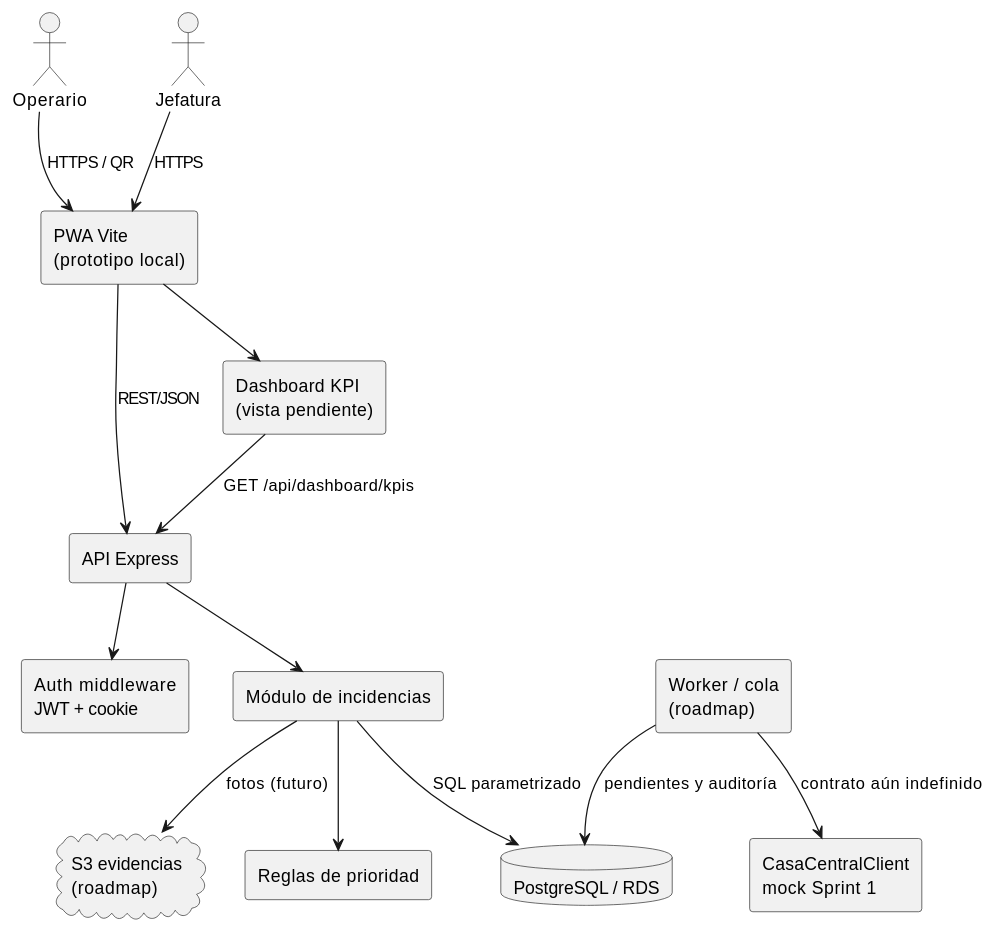
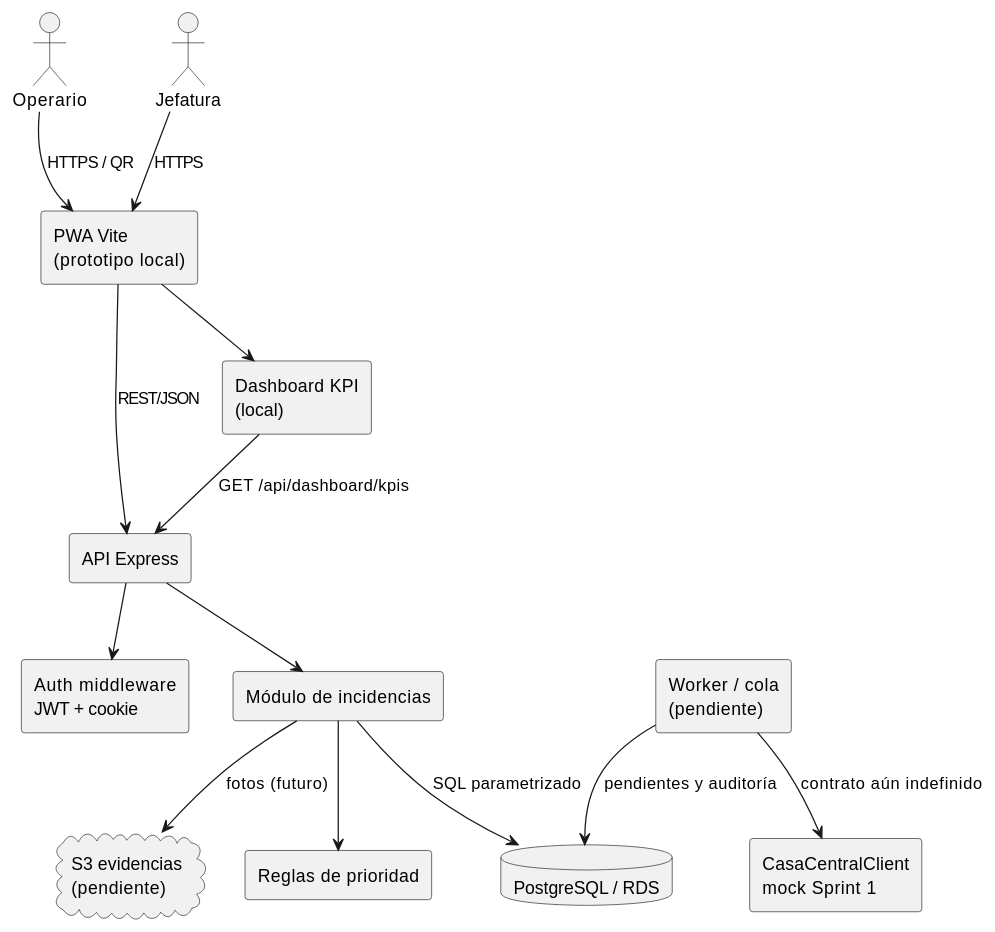
Before and after one commit to lxishh/sistema-incidencias-mallplaza: the fifth of 7 diagrams in docs/informe-proyecto.md, drawn with PlantUML. The commit also changed other lines of this file and 9 other files, not shown here.

````diff
--- a/docs/informe-proyecto.md
+++ b/docs/informe-proyecto.md
@@ -619,29 +658,29 @@
 ```plantuml
 @startuml
 skinparam componentStyle rectangle
 actor Operario
 actor Jefatura
 component "PWA Vite\n(prototipo local)" as PWA
 component "API Express" as API
 component "Auth middleware\nJWT + cookie" as AUTH
 component "Reglas de prioridad" as RULES
 component "Módulo de incidencias" as INC
 component "CasaCentralClient\nmock Sprint 1" as CC
-component "Worker / cola\n(roadmap)" as WORKER
+component "Worker / cola\n(pendiente)" as WORKER
 database "PostgreSQL / RDS" as DB
-cloud "S3 evidencias\n(roadmap)" as S3
-component "Dashboard KPI\n(vista pendiente)" as DASH
+cloud "S3 evidencias\n(pendiente)" as S3
+component "Dashboard KPI\n(local)" as DASH
 Operario --> PWA : HTTPS / QR
 Jefatura --> PWA : HTTPS
 PWA --> API : REST/JSON
 API --> AUTH
 API --> INC
 INC --> RULES
 INC --> DB : SQL parametrizado
 WORKER --> DB : pendientes y auditoría
 WORKER --> CC : contrato aún indefinido
 INC --> S3 : fotos (futuro)
 PWA --> DASH
 DASH --> API : GET /api/dashboard/kpis
 @enduml
 ```
````
